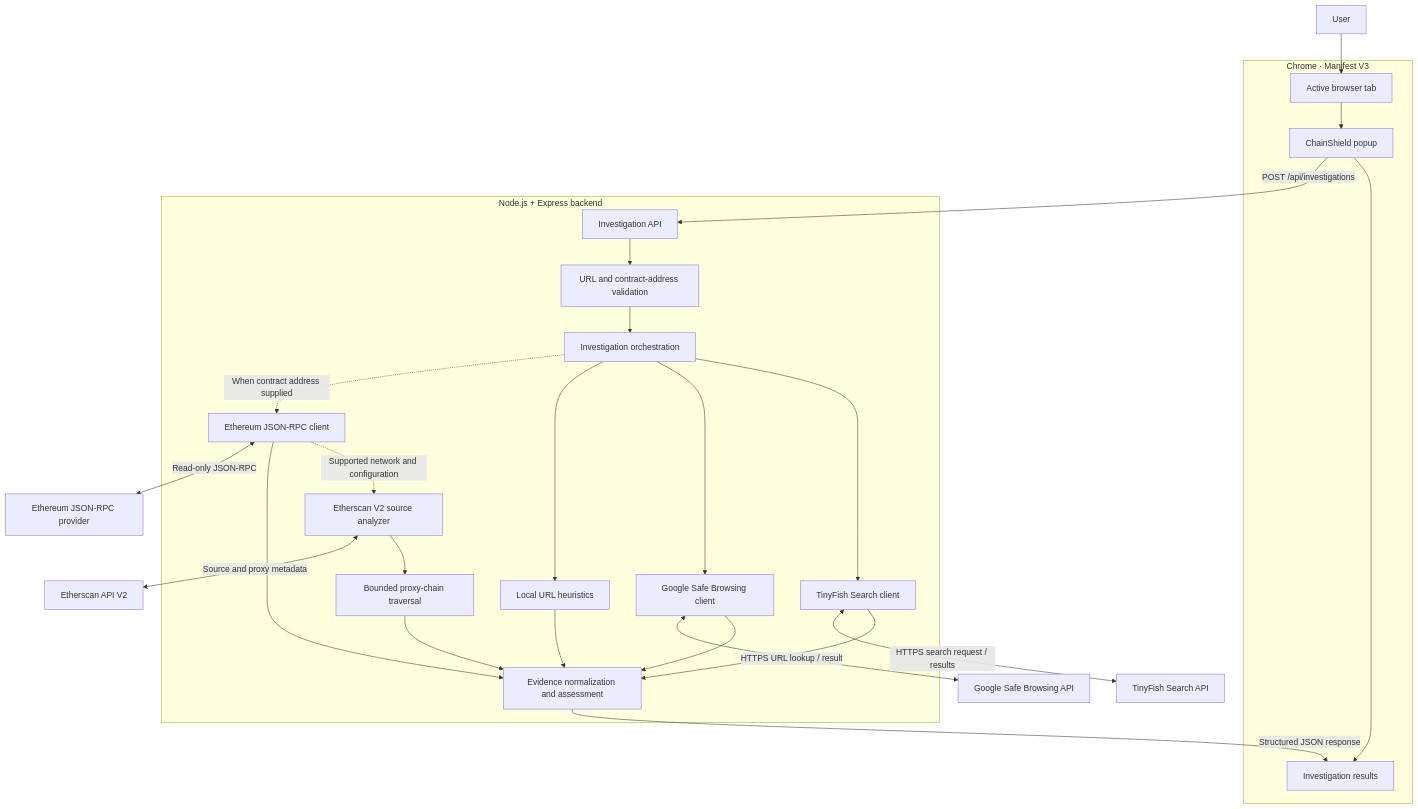
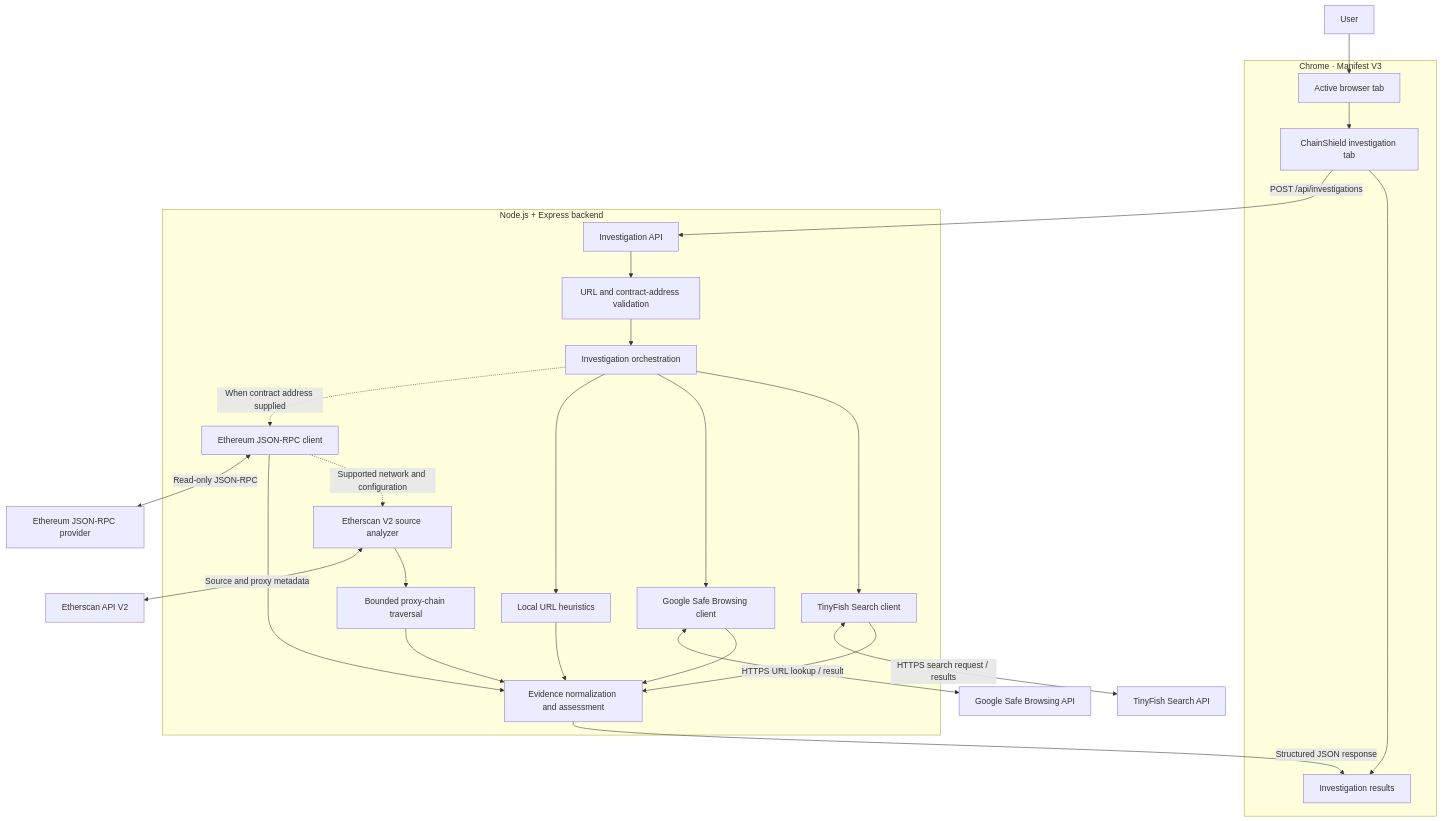
One commit to iamjahnvi/ChainShield changed the first of 3 diagrams in README.md. Above: the diagram before and after it, drawn with Mermaid. The commit also changed other lines of this file and 5 other files, not shown here.

````diff
--- a/README.md
+++ b/README.md
@@ -88,55 +88,55 @@
 ```mermaid
 flowchart TB
     USER["User"]
     subgraph CHROME["Chrome · Manifest V3"]
         TAB["Active browser tab"]
-        POPUP["ChainShield popup"]
+        APP["ChainShield investigation tab"]
         UI["Investigation results"]
-        TAB --> POPUP
-        POPUP --> UI
+        TAB --> APP
+        APP --> UI
     end
 
     subgraph BACKEND["Node.js + Express backend"]
         API["Investigation API"]
         VALIDATE["URL and contract-address validation"]
         ORCHESTRATOR["Investigation orchestration"]
 
         TINY["TinyFish Search client"]
         SAFE["Google Safe Browsing client"]
         HEURISTICS["Local URL heuristics"]
 
         RPC["Ethereum JSON-RPC client"]
         ETHERSCAN["Etherscan V2 source analyzer"]
         PROXY["Bounded proxy-chain traversal"]
         CLASSIFY["Evidence normalization and assessment"]
 
         API --> VALIDATE
         VALIDATE --> ORCHESTRATOR
 
         ORCHESTRATOR --> TINY
         ORCHESTRATOR --> SAFE
         ORCHESTRATOR --> HEURISTICS
         ORCHESTRATOR -. "When contract address supplied" .-> RPC
         RPC -. "Supported network and configuration" .-> ETHERSCAN
         ETHERSCAN --> PROXY
 
         TINY --> CLASSIFY
         SAFE --> CLASSIFY
         HEURISTICS --> CLASSIFY
         RPC --> CLASSIFY
         PROXY --> CLASSIFY
     end
 
     TF["TinyFish Search API"]
     GSB["Google Safe Browsing API"]
     ETH["Ethereum JSON-RPC provider"]
     ES["Etherscan API V2"]
 
     USER --> TAB
-    POPUP -->|"POST /api/investigations"| API
+    APP -->|"POST /api/investigations"| API
     TINY <-->|"HTTPS search request / results"| TF
     SAFE <-->|"HTTPS URL lookup / result"| GSB
     RPC <-->|"Read-only JSON-RPC"| ETH
     ETHERSCAN <-->|"Source and proxy metadata"| ES
     CLASSIFY -->|"Structured JSON response"| UI
 ```
````
